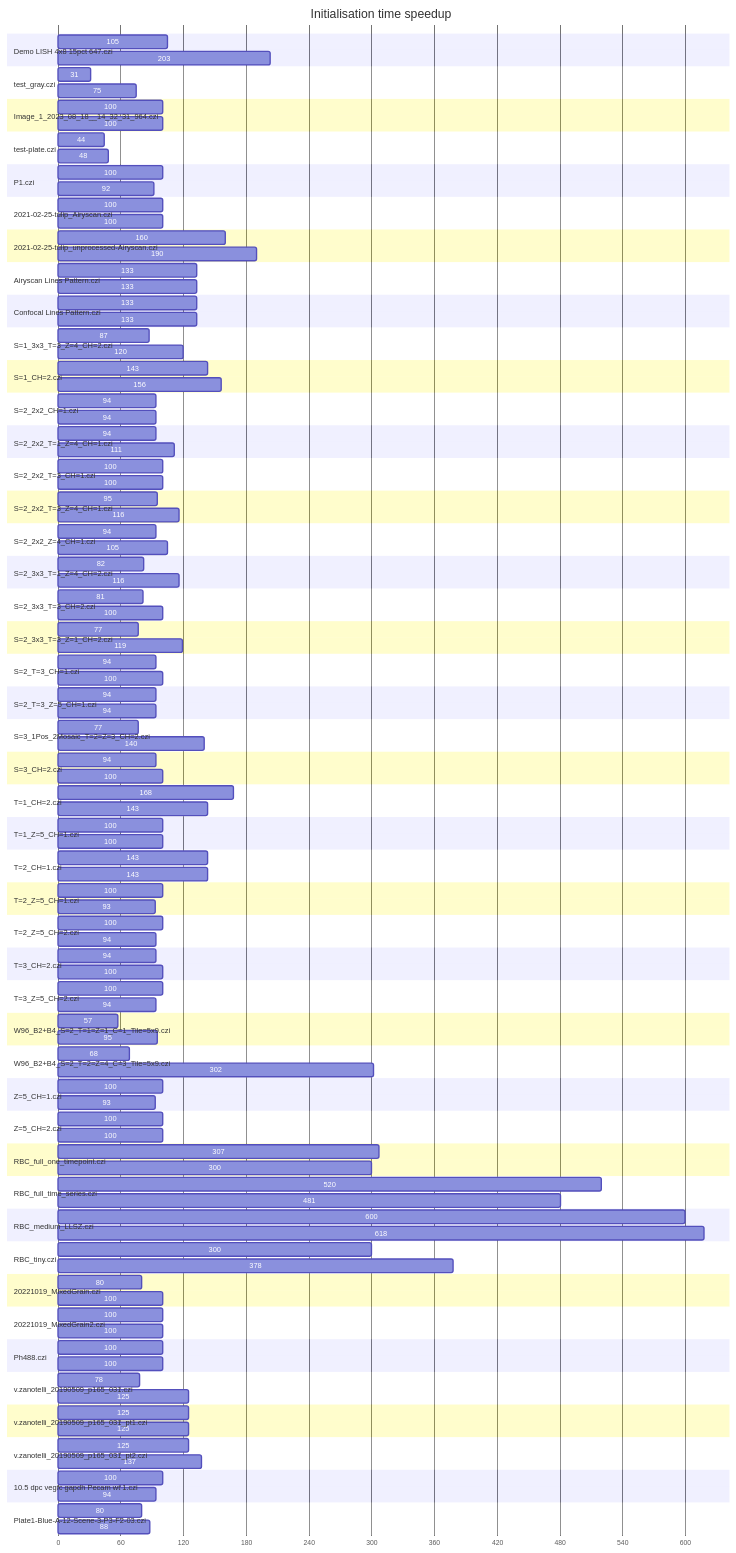
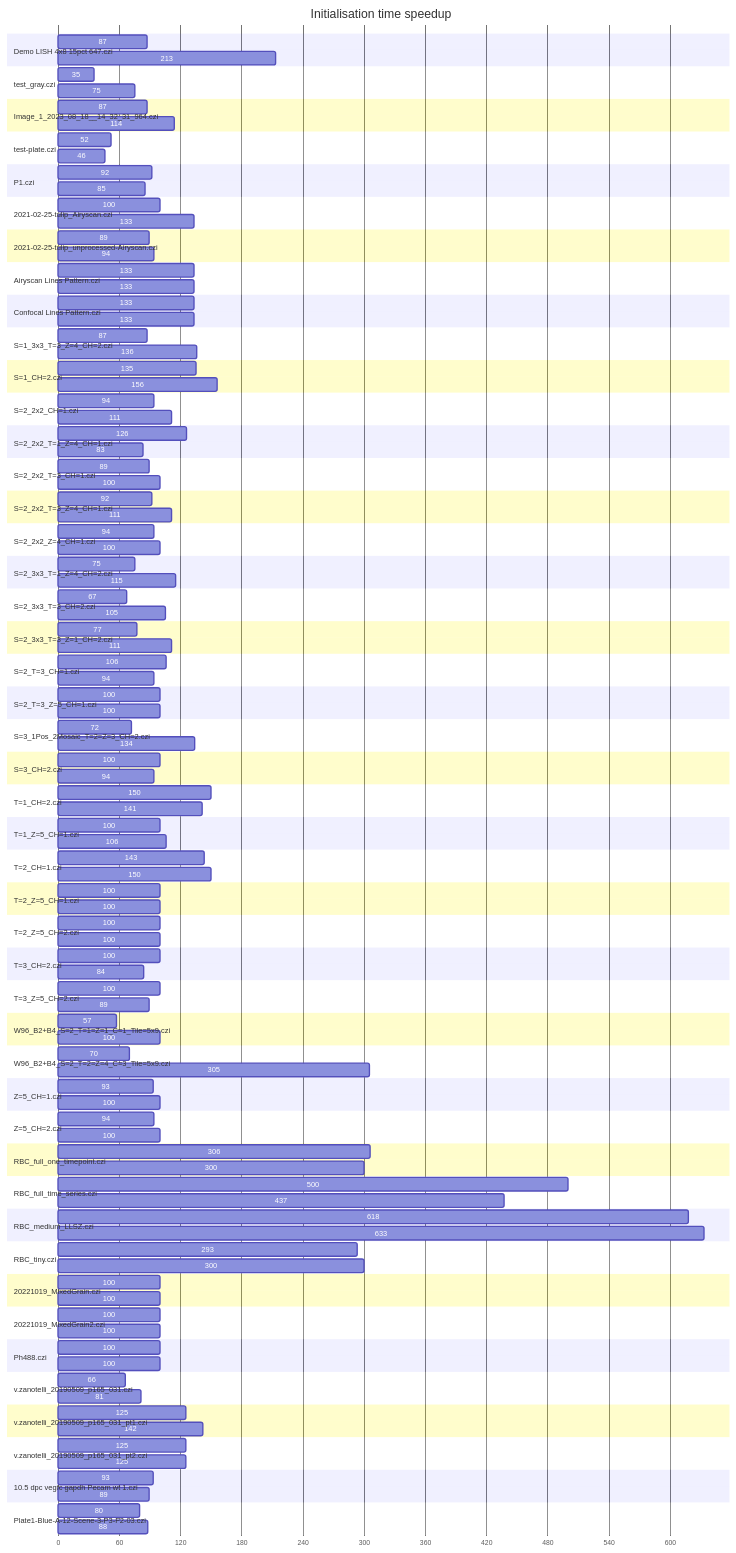
One commit to BIOP/quick-start-czi-reader changed the second of 4 diagrams in comparison_summary_chart.md. Above: the diagram before and after it, drawn with Mermaid. The commit also changed other lines of this file and 93 other files, not shown here.

```diff
--- a/comparison_summary_chart.md
+++ b/comparison_summary_chart.md
@@ -198,33 +198,33 @@
             axisFormat %s
 
             section Demo LISH 4x8 15pct 647.czi
-            105   : 0, 105
+            87   : 0, 87
             section Demo LISH 4x8 15pct 647.czi
-            203   : 0, 203
+            213   : 0, 213
             section test_gray.czi
-            31   : 0, 31
+            35   : 0, 35
             section test_gray.czi
             75   : 0, 75
             section Image_1_2023_08_18__14_32_31_964.czi
-            100   : 0, 100
+            87   : 0, 87
             section Image_1_2023_08_18__14_32_31_964.czi
-            100   : 0, 100
+            114   : 0, 114
             section test-plate.czi
-            44   : 0, 44
+            52   : 0, 52
             section test-plate.czi
-            48   : 0, 48
-            section P1.czi
-            100   : 0, 100
+            46   : 0, 46
             section P1.czi
             92   : 0, 92
+            section P1.czi
+            85   : 0, 85
             section 2021-02-25-tulip_Airyscan.czi
             100   : 0, 100
             section 2021-02-25-tulip_Airyscan.czi
-            100   : 0, 100
+            133   : 0, 133
             section 2021-02-25-tulip_unprocessed-Airyscan.czi
-            160   : 0, 160
+            89   : 0, 89
             section 2021-02-25-tulip_unprocessed-Airyscan.czi
-            190   : 0, 190
+            94   : 0, 94
             section Airyscan Lines Pattern.czi
             133   : 0, 133
             section Airyscan Lines Pattern.czi
@@ -236,121 +236,121 @@
             section S=1_3x3_T=3_Z=4_CH=2.czi
             87   : 0, 87
             section S=1_3x3_T=3_Z=4_CH=2.czi
-            120   : 0, 120
+            136   : 0, 136
             section S=1_CH=2.czi
-            143   : 0, 143
+            135   : 0, 135
             section S=1_CH=2.czi
             156   : 0, 156
             section S=2_2x2_CH=1.czi
             94   : 0, 94
             section S=2_2x2_CH=1.czi
-            94   : 0, 94
+            111   : 0, 111
             section S=2_2x2_T=1_Z=4_CH=1.czi
-            94   : 0, 94
+            126   : 0, 126
             section S=2_2x2_T=1_Z=4_CH=1.czi
-            111   : 0, 111
+            83   : 0, 83
             section S=2_2x2_T=3_CH=1.czi
-            100   : 0, 100
+            89   : 0, 89
             section S=2_2x2_T=3_CH=1.czi
             100   : 0, 100
             section S=2_2x2_T=3_Z=4_CH=1.czi
-            95   : 0, 95
+            92   : 0, 92
             section S=2_2x2_T=3_Z=4_CH=1.czi
-            116   : 0, 116
+            111   : 0, 111
             section S=2_2x2_Z=4_CH=1.czi
             94   : 0, 94
             section S=2_2x2_Z=4_CH=1.czi
+            100   : 0, 100
+            section S=2_3x3_T=1_Z=4_CH=2.czi
+            75   : 0, 75
+            section S=2_3x3_T=1_Z=4_CH=2.czi
+            115   : 0, 115
+            section S=2_3x3_T=3_CH=2.czi
+            67   : 0, 67
+            section S=2_3x3_T=3_CH=2.czi
             105   : 0, 105
-            section S=2_3x3_T=1_Z=4_CH=2.czi
-            82   : 0, 82
-            section S=2_3x3_T=1_Z=4_CH=2.czi
-            116   : 0, 116
-            section S=2_3x3_T=3_CH=2.czi
-            81   : 0, 81
-            section S=2_3x3_T=3_CH=2.czi
-            100   : 0, 100
             section S=2_3x3_T=3_Z=1_CH=2.czi
             77   : 0, 77
             section S=2_3x3_T=3_Z=1_CH=2.czi
-            119   : 0, 119
+            111   : 0, 111
+            section S=2_T=3_CH=1.czi
+            106   : 0, 106
             section S=2_T=3_CH=1.czi
             94   : 0, 94
-            section S=2_T=3_CH=1.czi
+            section S=2_T=3_Z=5_CH=1.czi
             100   : 0, 100
             section S=2_T=3_Z=5_CH=1.czi
-            94   : 0, 94
-            section S=2_T=3_Z=5_CH=1.czi
-            94   : 0, 94
+            100   : 0, 100
             section S=3_1Pos_2Mosaic_T=2=Z=3_CH=2.czi
-            77   : 0, 77
+            72   : 0, 72
             section S=3_1Pos_2Mosaic_T=2=Z=3_CH=2.czi
-            140   : 0, 140
+            134   : 0, 134
+            section S=3_CH=2.czi
+            100   : 0, 100
             section S=3_CH=2.czi
             94   : 0, 94
-            section S=3_CH=2.czi
-            100   : 0, 100
             section T=1_CH=2.czi
-            168   : 0, 168
+            150   : 0, 150
             section T=1_CH=2.czi
-            143   : 0, 143
+            141   : 0, 141
             section T=1_Z=5_CH=1.czi
             100   : 0, 100
             section T=1_Z=5_CH=1.czi
-            100   : 0, 100
+            106   : 0, 106
             section T=2_CH=1.czi
             143   : 0, 143
             section T=2_CH=1.czi
-            143   : 0, 143
+            150   : 0, 150
             section T=2_Z=5_CH=1.czi
             100   : 0, 100
             section T=2_Z=5_CH=1.czi
-            93   : 0, 93
+            100   : 0, 100
             section T=2_Z=5_CH=2.czi
             100   : 0, 100
             section T=2_Z=5_CH=2.czi
-            94   : 0, 94
-            section T=3_CH=2.czi
-            94   : 0, 94
+            100   : 0, 100
             section T=3_CH=2.czi
             100   : 0, 100
+            section T=3_CH=2.czi
+            84   : 0, 84
             section T=3_Z=5_CH=2.czi
             100   : 0, 100
             section T=3_Z=5_CH=2.czi
-            94   : 0, 94
+            89   : 0, 89
             section W96_B2+B4_S=2_T=1=Z=1_C=1_Tile=5x9.czi
             57   : 0, 57
             section W96_B2+B4_S=2_T=1=Z=1_C=1_Tile=5x9.czi
-            95   : 0, 95
+            100   : 0, 100
             section W96_B2+B4_S=2_T=2=Z=4_C=3_Tile=5x9.czi
-            68   : 0, 68
+            70   : 0, 70
             section W96_B2+B4_S=2_T=2=Z=4_C=3_Tile=5x9.czi
-            302   : 0, 302
+            305   : 0, 305
+            section Z=5_CH=1.czi
+            93   : 0, 93
             section Z=5_CH=1.czi
             100   : 0, 100
-            section Z=5_CH=1.czi
-            93   : 0, 93
             section Z=5_CH=2.czi
-            100   : 0, 100
+            94   : 0, 94
             section Z=5_CH=2.czi
             100   : 0, 100
             section RBC_full_one_timepoint.czi
-            307   : 0, 307
+            306   : 0, 306
             section RBC_full_one_timepoint.czi
             300   : 0, 300
             section RBC_full_time_series.czi
-            520   : 0, 520
+            500   : 0, 500
             section RBC_full_time_series.czi
-            481   : 0, 481
-            section RBC_medium_LLSZ.czi
-            600   : 0, 600
+            437   : 0, 437
             section RBC_medium_LLSZ.czi
             618   : 0, 618
+            section RBC_medium_LLSZ.czi
+            633   : 0, 633
+            section RBC_tiny.czi
+            293   : 0, 293
             section RBC_tiny.czi
             300   : 0, 300
-            section RBC_tiny.czi
-            378   : 0, 378
             section 20221019_MixedGrain.czi
-            80   : 0, 80
+            100   : 0, 100
             section 20221019_MixedGrain.czi
             100   : 0, 100
             section 20221019_MixedGrain2.czi
@@ -362,21 +362,21 @@
             section Ph488.czi
             100   : 0, 100
             section v.zanotelli_20190509_p165_031.czi
-            78   : 0, 78
+            66   : 0, 66
             section v.zanotelli_20190509_p165_031.czi
-            125   : 0, 125
+            81   : 0, 81
             section v.zanotelli_20190509_p165_031_pt1.czi
             125   : 0, 125
             section v.zanotelli_20190509_p165_031_pt1.czi
+            142   : 0, 142
+            section v.zanotelli_20190509_p165_031_pt2.czi
             125   : 0, 125
             section v.zanotelli_20190509_p165_031_pt2.czi
             125   : 0, 125
-            section v.zanotelli_20190509_p165_031_pt2.czi
-            137   : 0, 137
             section 10.5 dpc vegfc gapdh Pecam wt 1.czi
-            100   : 0, 100
+            93   : 0, 93
             section 10.5 dpc vegfc gapdh Pecam wt 1.czi
-            94   : 0, 94
+            89   : 0, 89
             section Plate1-Blue-A-12-Scene-3-P3-F2-03.czi
             80   : 0, 80
             section Plate1-Blue-A-12-Scene-3-P3-F2-03.czi
```
